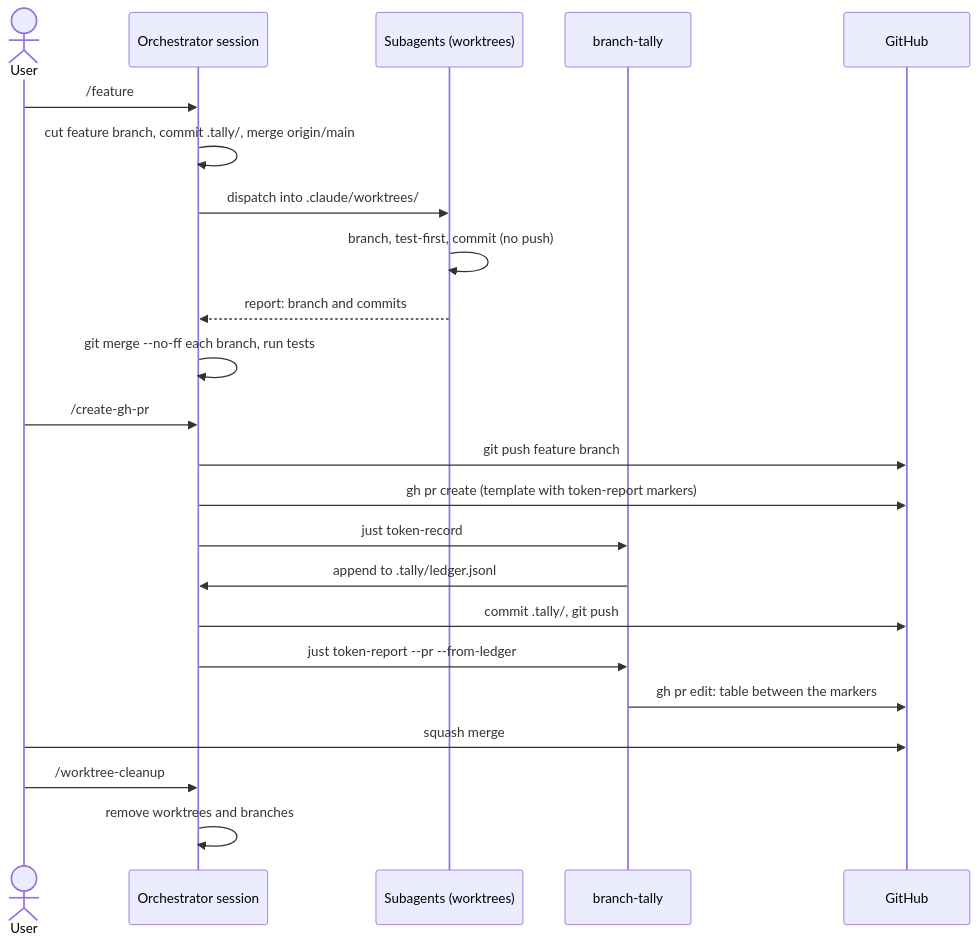
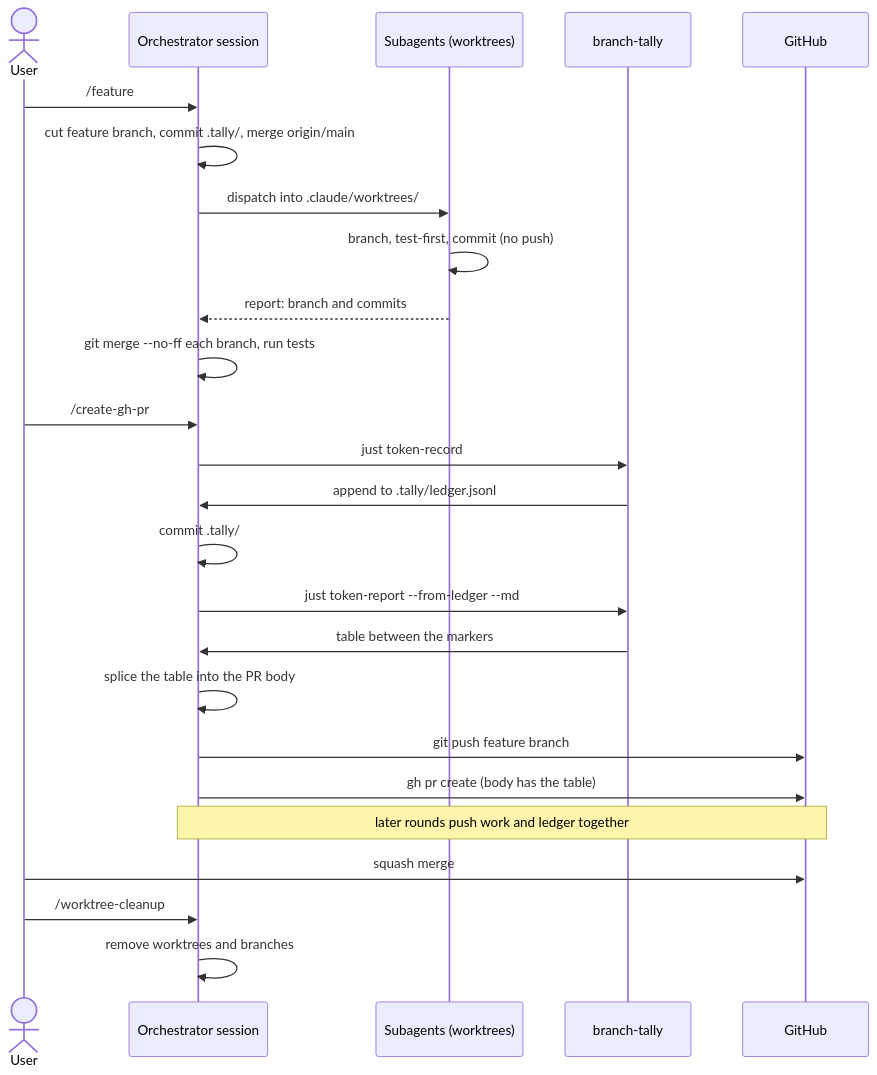
Before and after one commit to IAmSkweetis/branch-tally: the third of 3 diagrams in docs/manual/src/workflows/this-repository.md, drawn with Mermaid. The commit also changed other lines of this file and 13 other files, not shown here.

First line of the commit message:
ci: record token usage before the first push and stop body edits cancelling checks (#130)

````diff
--- a/docs/manual/src/workflows/this-repository.md
+++ b/docs/manual/src/workflows/this-repository.md
@@ -199,26 +251,28 @@
 ```mermaid
 sequenceDiagram
     actor User
     participant O as Orchestrator session
     participant A as Subagents (worktrees)
     participant BT as branch-tally
     participant GH as GitHub
 
     User->>O: /feature
     O->>O: cut feature branch, commit .tally/, merge origin/main
     O->>A: dispatch into .claude/worktrees/
     A->>A: branch, test-first, commit (no push)
     A-->>O: report: branch and commits
     O->>O: git merge --no-ff each branch, run tests
     User->>O: /create-gh-pr
-    O->>GH: git push feature branch
-    O->>GH: gh pr create (template with token-report markers)
     O->>BT: just token-record
     BT->>O: append to .tally/ledger.jsonl
-    O->>GH: commit .tally/, git push
-    O->>BT: just token-report --pr --from-ledger
-    BT->>GH: gh pr edit: table between the markers
+    O->>O: commit .tally/
+    O->>BT: just token-report --from-ledger --md
+    BT->>O: table between the markers
+    O->>O: splice the table into the PR body
+    O->>GH: git push feature branch
+    O->>GH: gh pr create (body has the table)
+    Note over O,GH: later rounds push work and ledger together
     User->>GH: squash merge
     User->>O: /worktree-cleanup
     O->>O: remove worktrees and branches
 ```
````
